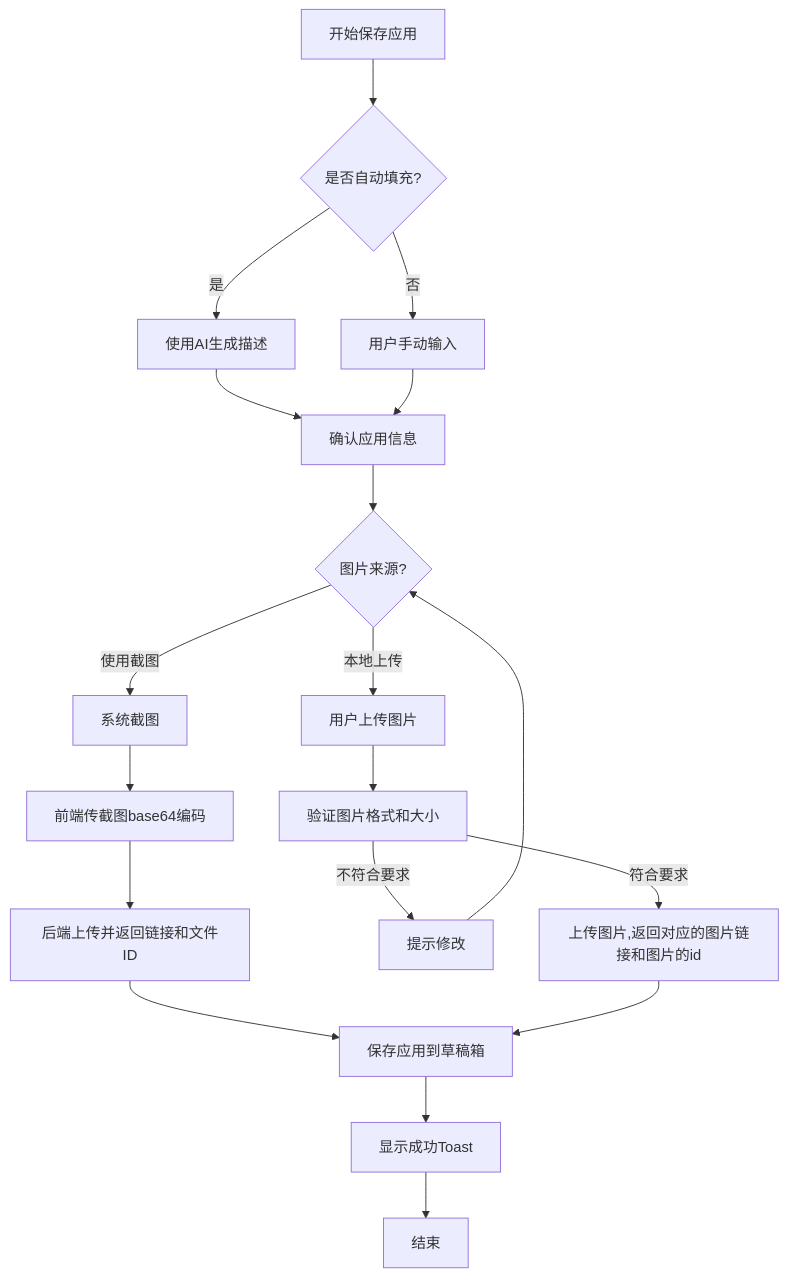
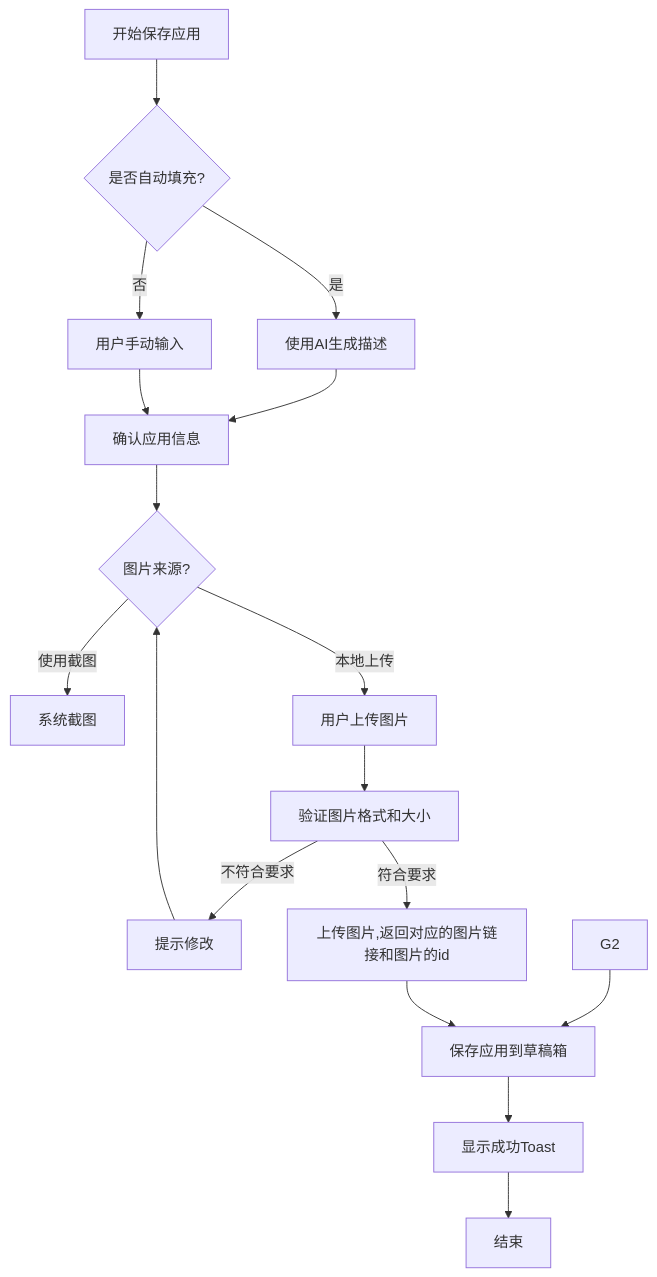
One commit to yingjianzh/iodraw-files changed the diagram in all/未命名-66.md. Above: the diagram before and after it, drawn with Mermaid.

Commit message:
2025-05-27 11:21:49 update

````diff
--- a/all/未命名-66.md
+++ b/all/未命名-66.md
@@ -1,21 +1,20 @@
 ```mermaid
 flowchart TD
     A[开始保存应用] --> B{是否自动填充?}
     B -->|是| C[使用AI生成描述]
     B -->|否| D[用户手动输入]
     C --> E[确认应用信息]
     D --> E
     E --> F{图片来源?}
     F -->|使用截图| G[系统截图]
     F -->|本地上传| H[用户上传图片]
-    G --> G1[前端传截图base64编码]
-    G1 --> G2[后端上传并返回链接和文件ID]
+    
     H --> I[验证图片格式和大小]
     I -->|不符合要求| J[提示修改]
     J --> F
     I -->|符合要求| K1[上传图片,返回对应的图片链接和图片的id]
     G2 --> K[保存应用到草稿箱]
     K1 --> K
     K --> L[显示成功Toast]
     L --> M[结束]
 ```
````
